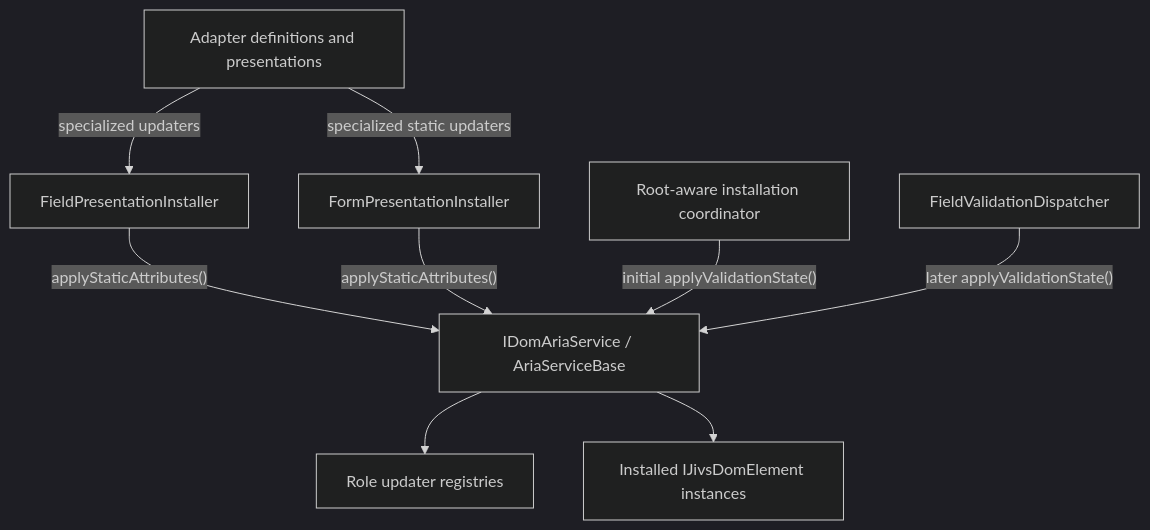
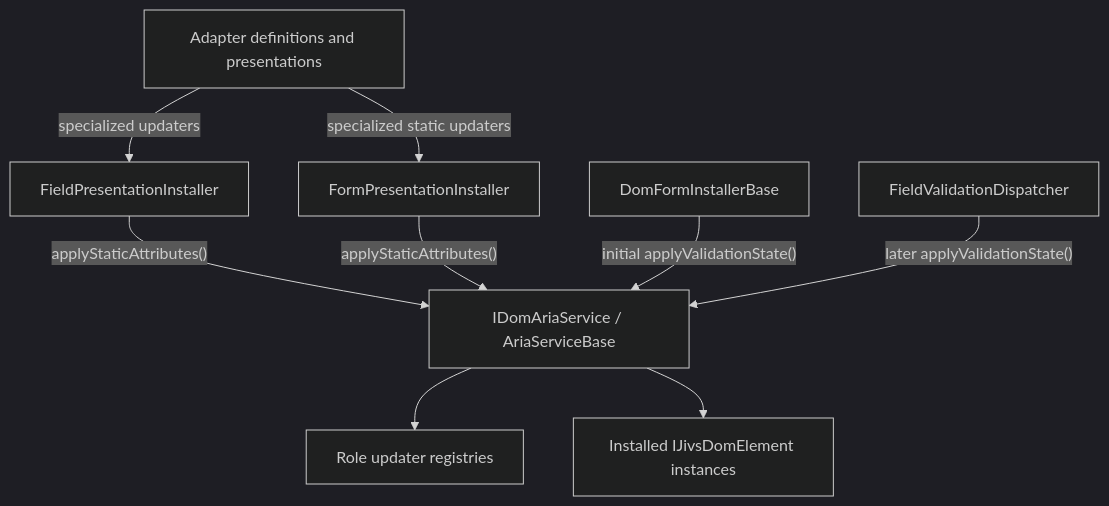
The seventh of 11 diagrams in planning/Jivs-DOM_Implementation_Design.md (plblum/jivs), drawn with Mermaid (dark theme) before and after one commit. The commit also changed other lines of this file, not shown here.

Commit message:
Further cleanup of Form installation section

````diff
--- a/planning/Jivs-DOM_Implementation_Design.md
+++ b/planning/Jivs-DOM_Implementation_Design.md
@@ -2906,20 +2906,20 @@
 ```mermaid
 flowchart TB
     Providers["Adapter definitions and presentations"]
     FieldInstaller["FieldPresentationInstaller"]
     FormInstaller["FormPresentationInstaller"]
-    Coordinator["Root-aware installation coordinator"]
+    Coordinator["DomFormInstallerBase"]
     Dispatcher["FieldValidationDispatcher"]
     Service["IDomAriaService / AriaServiceBase"]
     Registry["Role updater registries"]
     Elements["Installed IJivsDomElement instances"]
 
     Providers -->|"specialized updaters"| FieldInstaller
     Providers -->|"specialized static updaters"| FormInstaller
     FieldInstaller -->|"applyStaticAttributes()"| Service
     FormInstaller -->|"applyStaticAttributes()"| Service
     Coordinator -->|"initial applyValidationState()"| Service
     Dispatcher -->|"later applyValidationState()"| Service
     Service --> Registry
     Service --> Elements
 ```
````
